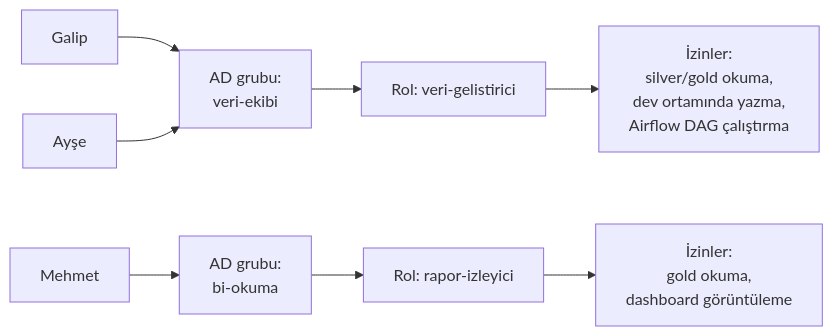
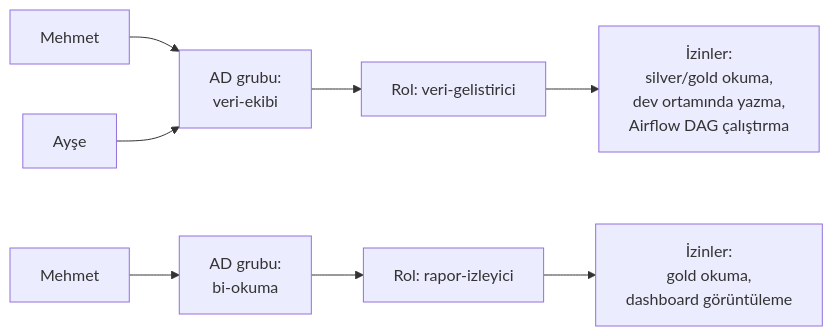
One commit to GalipSoken/atlas changed the diagram in docs/15-guvenlik/06-rbac-en-az-yetki.md. Above: the diagram before and after it, drawn with Mermaid. The commit also changed other lines of this file and 36 other files, not shown here.

First line of the commit message:
Veri modelleme (12.6–12.7), model riski ve açıklanabilirlik (13.13–13.14); örnek ad Mehmet Türk; tutarsızlık düzeltmeleri

````diff
--- a/docs/15-guvenlik/06-rbac-en-az-yetki.md
+++ b/docs/15-guvenlik/06-rbac-en-az-yetki.md
@@ -16,10 +16,10 @@
 ```mermaid
 flowchart LR
-    U1[Galip] --> G1[AD grubu:<br/>veri-ekibi]
+    U1[Mehmet] --> G1[AD grubu:<br/>veri-ekibi]
     U2[Ayşe] --> G1
     U3[Mehmet] --> G2[AD grubu:<br/>bi-okuma]
     G1 --> R1[Rol: veri-gelistirici]
     G2 --> R2[Rol: rapor-izleyici]
     R1 --> P1[İzinler:<br/>silver/gold okuma,<br/>dev ortamında yazma,<br/>Airflow DAG çalıştırma]
     R2 --> P2[İzinler:<br/>gold okuma,<br/>dashboard görüntüleme]
 ```
````
